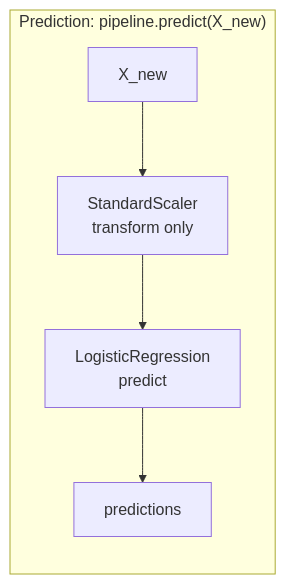
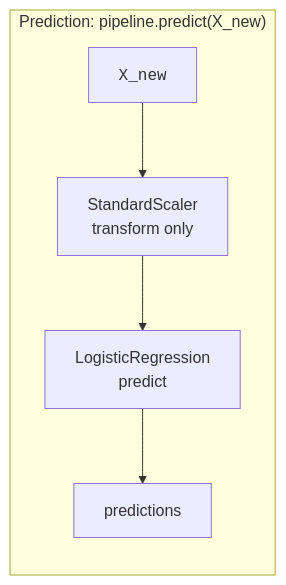
Before and after one commit to dataslope/dataslope: the second of 3 diagrams in content/learn/machine-learning-scikit-learn/pipelines-and-columntransformer.mdx, drawn with Mermaid. The commit also changed other lines of this file and 153 other files, not shown here.

First line of the commit message:
Render code-only mermaid shapes in monospace; convert step sequences to Steps

````diff
--- a/content/learn/machine-learning-scikit-learn/pipelines-and-columntransformer.mdx
+++ b/content/learn/machine-learning-scikit-learn/pipelines-and-columntransformer.mdx
@@ -77,8 +77,8 @@
 ```mermaid
 flowchart LR
     subgraph Prediction ["Prediction: pipeline.predict(X_new)"]
-        E["X_new"] --> F["StandardScaler<br/>transform only"]
+        E["<code>X_new</code>"] --> F["StandardScaler<br/>transform only"]
         F --> G["LogisticRegression<br/>predict"]
         G --> H["predictions"]
     end
 ```
````
